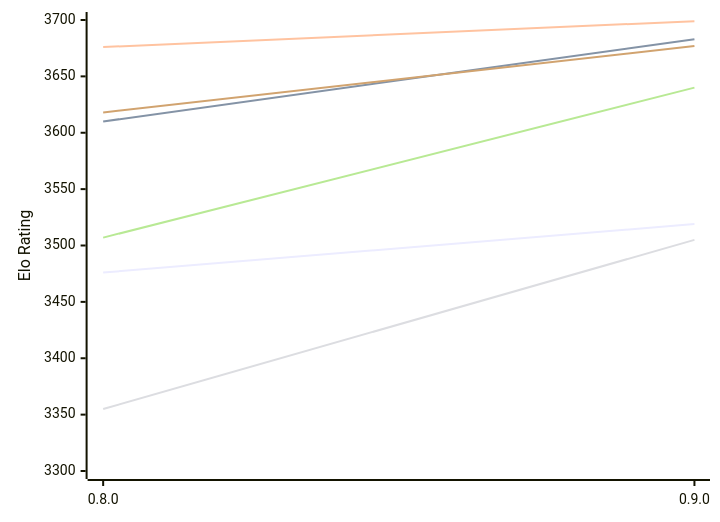
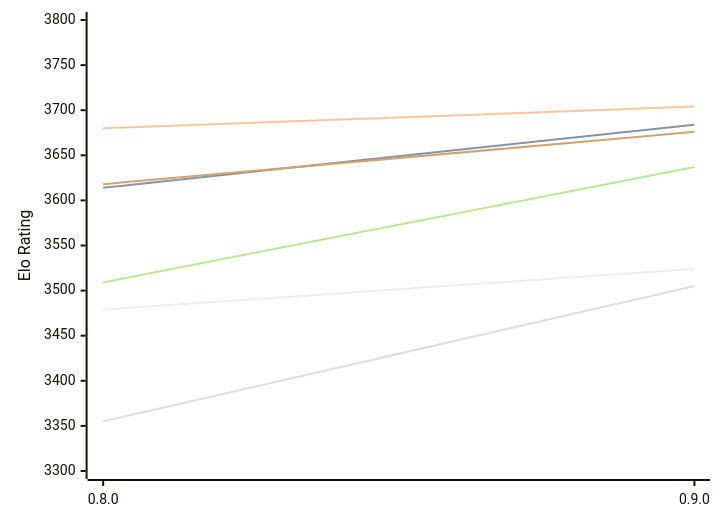
Before and after one commit to computer-chess-index/cci: the first of 2 diagrams in engines/Reckless.md, drawn with Mermaid. The commit also changed other lines of this file, not shown here.

Commit message:
Update CCI Ratings (ELO VLTC) - 2026-11-22

````diff
--- a/engines/Reckless.md
+++ b/engines/Reckless.md
@@ -50,12 +50,12 @@
 ```mermaid
 %%{init: {"theme":"base","themeVariables":{"seriesColors:['#a3a3a3','#222221','#faa371']}}}%%
 xychart-beta
   x-axis ["0.8.0", "0.9.0"]
-  y-axis "Elo Rating" 3300 --> 3700
-  line "E1: STC (8.0+0.08s)" [3476, 3519]
-  line "E1: LTC (60.0+0.60s)" [3610, 3683]
-  line "E1: VLTC (2m24s+1.12s)" [3676, 3699]
+  y-axis "Elo Rating" 3300 --> 3800
+  line "E1: STC (8.0+0.08s)" [3479, 3524]
+  line "E1: LTC (60.0+0.60s)" [3614, 3684]
+  line "E1: VLTC (2m24s+1.12s)" [3680, 3704]
   line "P1: STC (8.0+0.08s)" [3355, 3505]
-  line "P1: LTC (60.0+0.60s)" [3507, 3640]
-  line "P1: VLTC (2m24s+1.12s)" [3618, 3677]
+  line "P1: LTC (60.0+0.60s)" [3509, 3637]
+  line "P1: VLTC (2m24s+1.12s)" [3618, 3676]
 ```
````
